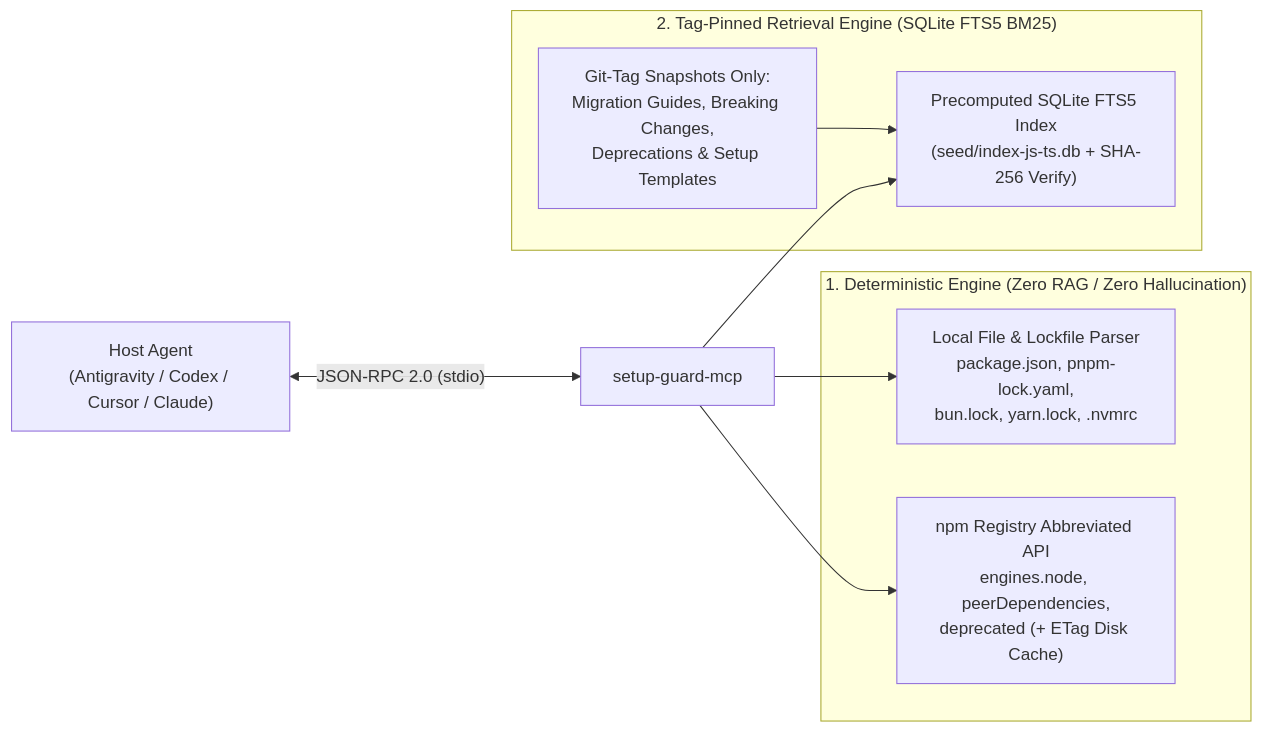
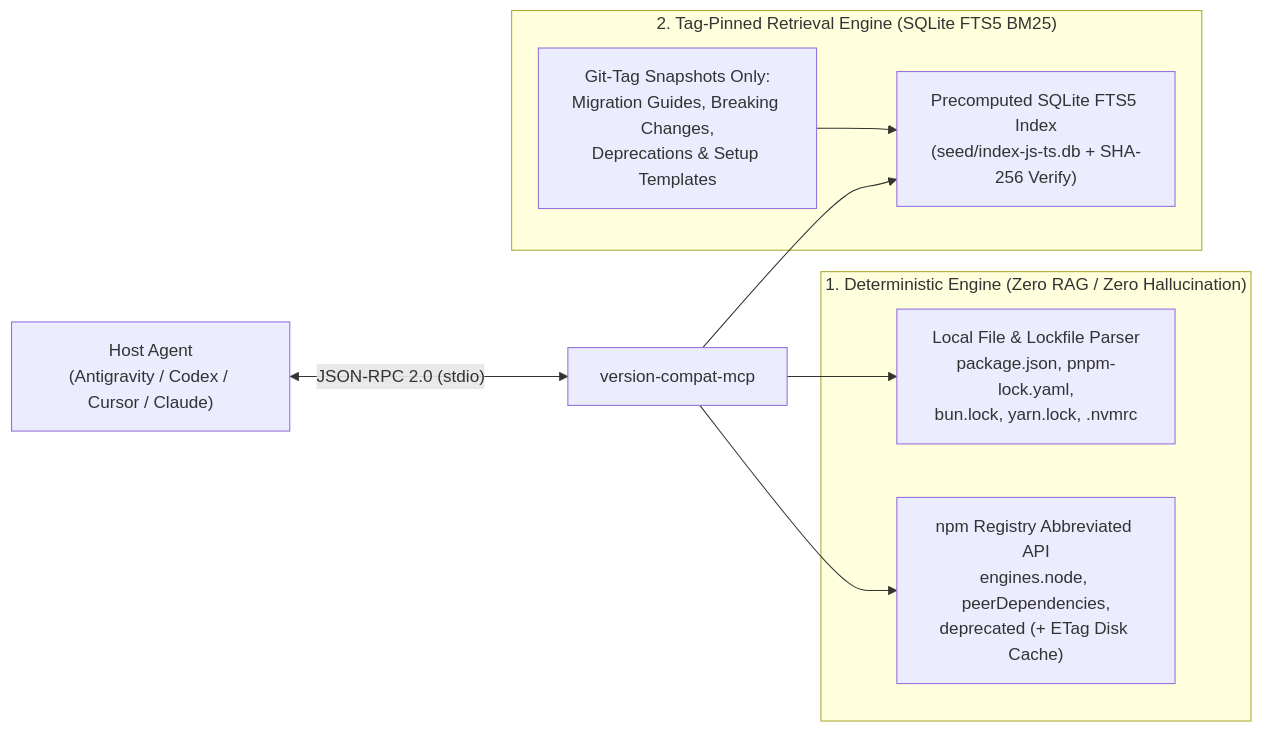
Before and after one commit to Eunryong/version-compat-mcp: the diagram in README.md, drawn with Mermaid. The commit also changed other lines of this file and 36 other files, not shown here.

Commit message:
Rename project to version-compat-mcp and untrack .agents directory

````diff
--- a/README.md
+++ b/README.md
@@ -63,19 +63,19 @@
 ```mermaid
 flowchart LR
-    Agent["Host Agent<br/>(Antigravity / Codex / Cursor / Claude)"] <-->|"JSON-RPC 2.0 (stdio)"| Server["setup-guard-mcp"]
+    Agent["Host Agent<br/>(Antigravity / Codex / Cursor / Claude)"] <-->|"JSON-RPC 2.0 (stdio)"| Server["version-compat-mcp"]
 
     subgraph Deterministic["1. Deterministic Engine (Zero RAG / Zero Hallucination)"]
         Local["Local File & Lockfile Parser<br/>package.json, pnpm-lock.yaml,<br/>bun.lock, yarn.lock, .nvmrc"]
         Registry["npm Registry Abbreviated API<br/>engines.node, peerDependencies,<br/>deprecated (+ ETag Disk Cache)"]
     end
 
     subgraph Retrieval["2. Tag-Pinned Retrieval Engine (SQLite FTS5 BM25)"]
         SeedDB["Precomputed SQLite FTS5 Index<br/>(seed/index-js-ts.db + SHA-256 Verify)"]
         Corpus["Git-Tag Snapshots Only:<br/>Migration Guides, Breaking Changes,<br/>Deprecations & Setup Templates"]
     end
 
     Server --> Local
     Server --> Registry
     Server --> SeedDB
     Corpus --> SeedDB
 ```
````
